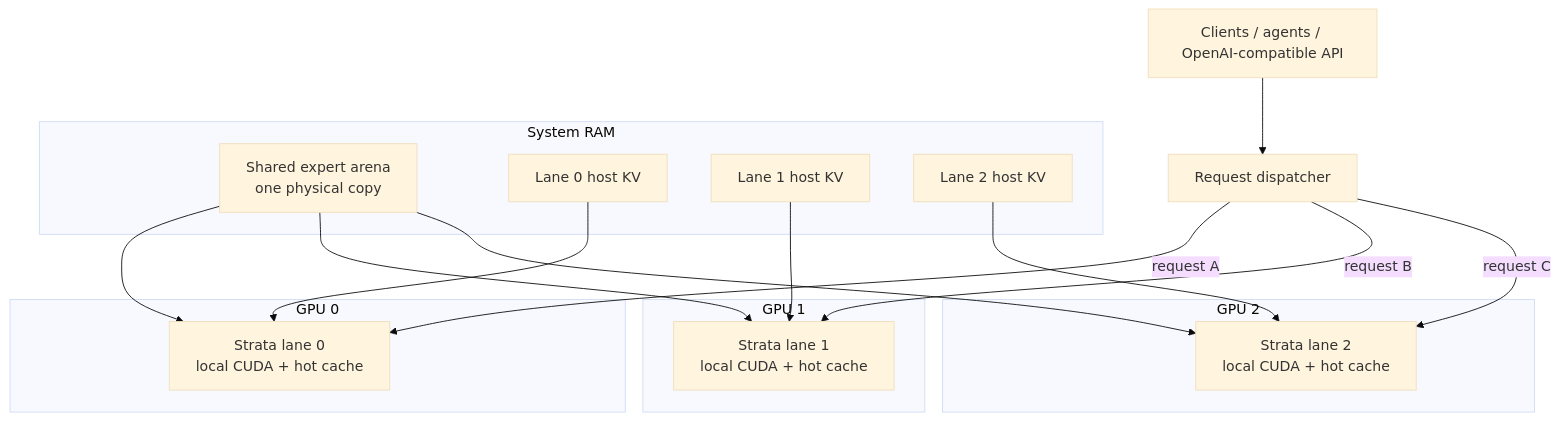
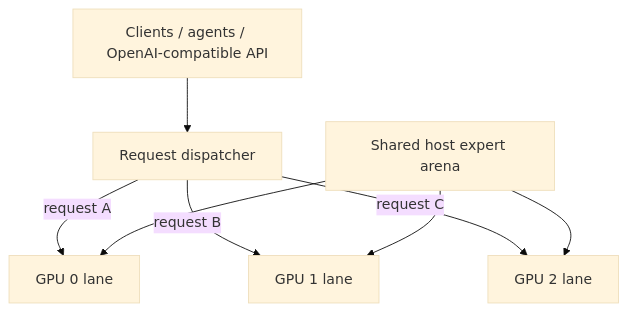
One commit to rhgo1749/qwen3.8-flash-next-strata-3x5070ti-recipe changed the diagram in README.md. Above: the diagram before and after it, drawn with Mermaid (base theme). The commit also changed other lines of this file, not shown here.

````diff
--- a/README.md
+++ b/README.md
@@ -20,31 +17,10 @@
 ```mermaid
 flowchart TB
     C[Clients / agents / OpenAI-compatible API] --> D[Request dispatcher]
-
-    subgraph RAM[System RAM]
-        E[Shared expert arena\none physical copy]
-        K0[Lane 0 host KV]
-        K1[Lane 1 host KV]
-        K2[Lane 2 host KV]
-    end
-
-    subgraph G0[GPU 0]
-        L0[Strata lane 0\nlocal CUDA + hot cache]
-    end
-    subgraph G1[GPU 1]
-        L1[Strata lane 1\nlocal CUDA + hot cache]
-    end
-    subgraph G2[GPU 2]
-        L2[Strata lane 2\nlocal CUDA + hot cache]
-    end
-
-    D -->|request A| L0
-    D -->|request B| L1
-    D -->|request C| L2
-    E --> L0
-    E --> L1
-    E --> L2
-    K0 --> L0
-    K1 --> L1
-    K2 --> L2
+    D -->|request A| G0[GPU 0 lane]
+    D -->|request B| G1[GPU 1 lane]
+    D -->|request C| G2[GPU 2 lane]
+    E[Shared host expert arena] --> G0
+    E --> G1
+    E --> G2
 ```
````
